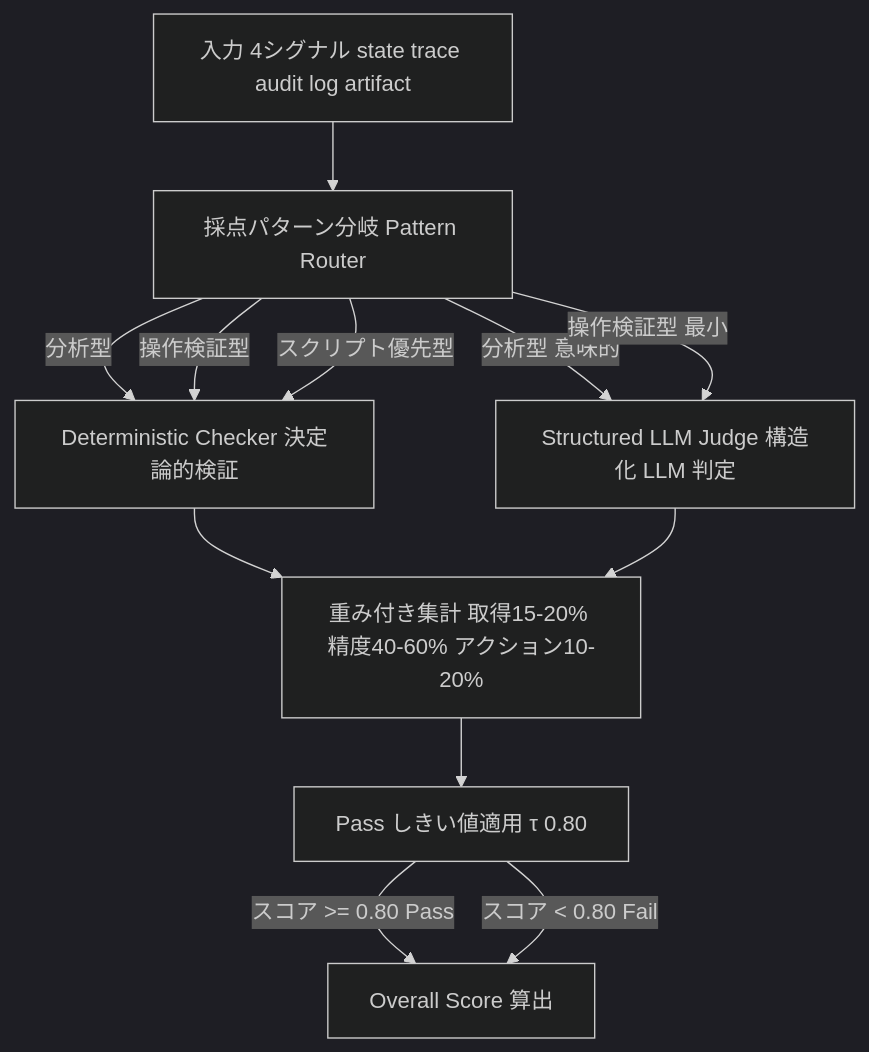
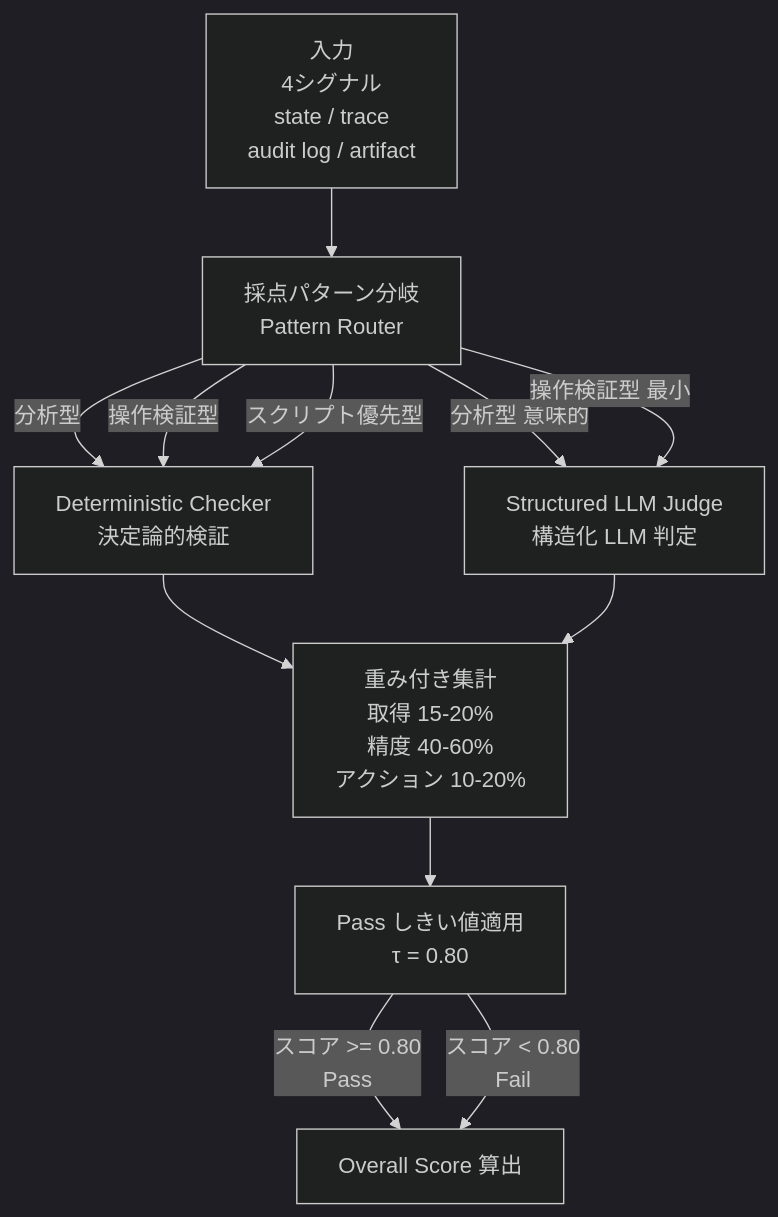
One commit to suwa-sh/zenn-contents changed the third of 5 diagrams in articles/claw-eval-live_20260505.md. Above: the diagram before and after it, drawn with Mermaid (dark theme). The commit also changed other lines of this file, not shown here.

Commit message:
update: Claw-Eval-Live mermaid 表示名を <br/> で複数行レイアウトに修正

````diff
--- a/articles/claw-eval-live_20260505.md
+++ b/articles/claw-eval-live_20260505.md
@@ -94,22 +94,22 @@
 ```mermaid
 graph TD
-    IN[入力 4シグナル state trace audit log artifact]
-    PR[採点パターン分岐 Pattern Router]
-    DC[Deterministic Checker 決定論的検証]
-    LJ[Structured LLM Judge 構造化 LLM 判定]
-    DW[重み付き集計 取得15-20% 精度40-60% アクション10-20%]
-    PT[Pass しきい値適用 τ 0.80]
-    OS[Overall Score 算出]
+    IN["入力<br/>4シグナル<br/>state / trace<br/>audit log / artifact"]
+    PR["採点パターン分岐<br/>Pattern Router"]
+    DC["Deterministic Checker<br/>決定論的検証"]
+    LJ["Structured LLM Judge<br/>構造化 LLM 判定"]
+    DW["重み付き集計<br/>取得 15-20%<br/>精度 40-60%<br/>アクション 10-20%"]
+    PT["Pass しきい値適用<br/>τ = 0.80"]
+    OS["Overall Score 算出"]
 
     IN --> PR
     PR -->|分析型| DC
     PR -->|分析型 意味的| LJ
     PR -->|操作検証型| DC
     PR -->|操作検証型 最小| LJ
     PR -->|スクリプト優先型| DC
     DC --> DW
     LJ --> DW
     DW --> PT
-    PT -->|スコア >= 0.80 Pass| OS
-    PT -->|スコア < 0.80 Fail| OS
+    PT -->|スコア >= 0.80<br/>Pass| OS
+    PT -->|スコア < 0.80<br/>Fail| OS
 ```
````
